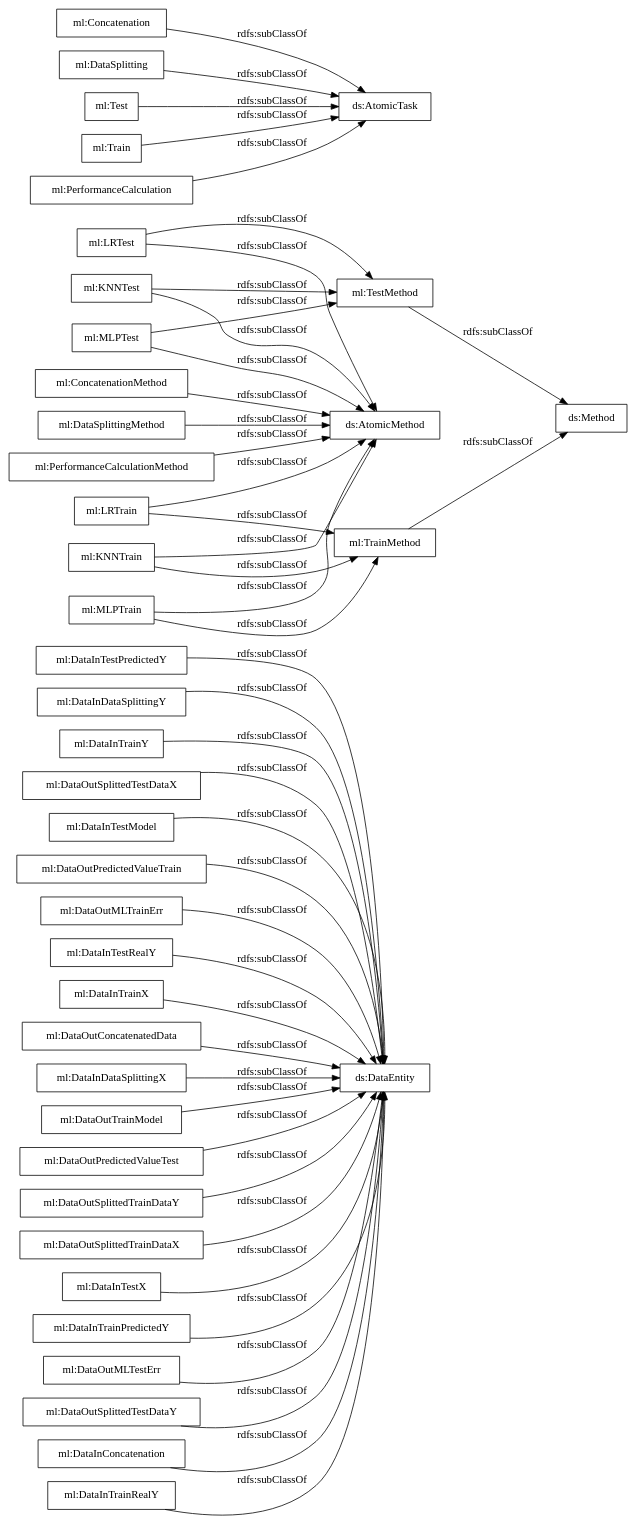
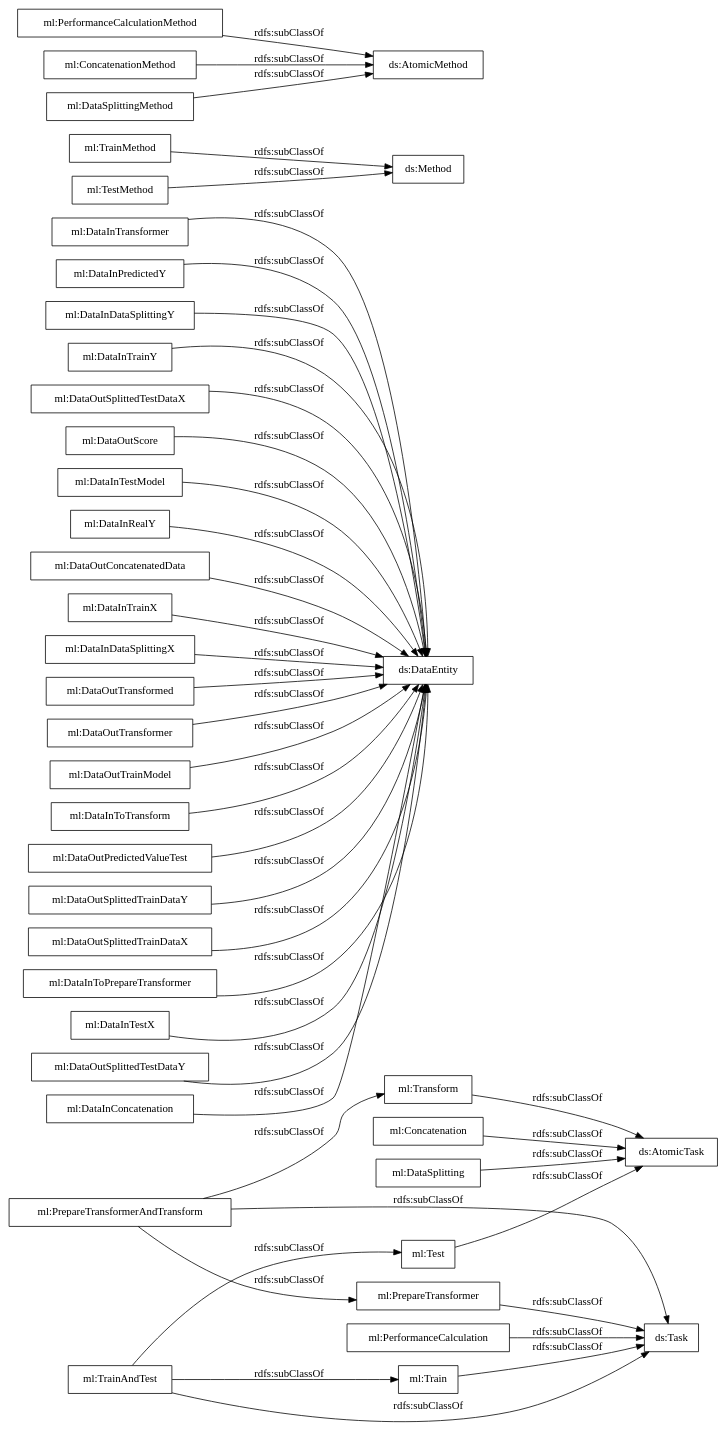
The diagram in OnToology/ml_exeKGOntology.ttl/diagrams/ar2dtool-taxonomy/ml_exeKGOntology.ttl.png.dot (nsai-uio/ExeKGOntology), drawn with Graphviz before and after one commit. The commit also changed 63 other files, not shown here.

```diff
--- a/OnToology/ml_exeKGOntology.ttl/diagrams/ar2dtool-taxonomy/ml_exeKGOntology.ttl.png.dot
+++ b/OnToology/ml_exeKGOntology.ttl/diagrams/ar2dtool-taxonomy/ml_exeKGOntology.ttl.png.dot
@@ -1,49 +1,46 @@
 digraph ar2dtool_diagram { 
 rankdir=LR;
 size="1000"
-node [shape = rectangle, color="black"]; "ml:DataInTestPredictedY" "ml:DataInDataSplittingY" "ml:DataInTrainY" "ml:TrainMethod" "ml:DataOutSplittedTestDataX" "ml:PerformanceCalculationMethod" "ml:Concatenation" "ml:ConcatenationMethod" "ml:DataInTestModel" "ml:MLPTest" "ml:DataOutPredictedValueTrain" "ml:DataOutMLTrainErr" "ml:DataInTestRealY" "ml:DataInTrainX" "ml:DataOutConcatenatedData" "ml:DataSplitting" "ml:KNNTest" "ml:Test" "ml:DataInDataSplittingX" "ml:DataSplittingMethod" "ml:Train" "ml:PerformanceCalculation" "ml:DataOutTrainModel" "ml:DataOutPredictedValueTest" "ml:DataOutSplittedTrainDataY" "ml:DataOutSplittedTrainDataX" "ml:LRTest" "ml:DataInTestX" "ml:KNNTrain" "ml:DataInTrainPredictedY" "ml:DataOutMLTestErr" "ml:MLPTrain" "ml:DataOutSplittedTestDataY" "ml:TestMethod" "ml:LRTrain" "ml:DataInConcatenation" "ml:DataInTrainRealY" ; /*classes style*/
+node [shape = rectangle, color="black"]; "ml:TrainAndTest" "ml:DataInTransformer" "ml:DataInPredictedY" "ml:TrainMethod" "ml:Concatenation" "ml:DataInDataSplittingY" "ml:DataInTrainY" "ml:PerformanceCalculationMethod" "ml:DataOutSplittedTestDataX" "ml:ConcatenationMethod" "ml:DataOutScore" "ml:PrepareTransformer" "ml:DataInTestModel" "ml:DataInRealY" "ml:Test" "ml:DataSplitting" "ml:DataOutConcatenatedData" "ml:DataInTrainX" "ml:DataInDataSplittingX" "ml:DataOutTransformed" "ml:PrepareTransformerAndTransform" "ml:DataSplittingMethod" "ml:Train" "ml:PerformanceCalculation" "ml:DataOutTransformer" "ml:DataOutTrainModel" "ml:DataInToTransform" "ml:DataOutPredictedValueTest" "ml:DataOutSplittedTrainDataY" "ml:DataOutSplittedTrainDataX" "ml:DataInToPrepareTransformer" "ml:DataInTestX" "ml:DataOutSplittedTestDataY" "ml:TestMethod" "ml:DataInConcatenation" "ml:Transform" ; /*classes style*/
 	"ml:DataOutSplittedTrainDataX" -> "ds:DataEntity" [ label = "rdfs:subClassOf" ];
 	"ml:DataInTestModel" -> "ds:DataEntity" [ label = "rdfs:subClassOf" ];
-	"ml:PerformanceCalculation" -> "ds:AtomicTask" [ label = "rdfs:subClassOf" ];
-	"ml:DataOutMLTestErr" -> "ds:DataEntity" [ label = "rdfs:subClassOf" ];
+	"ml:PerformanceCalculation" -> "ds:Task" [ label = "rdfs:subClassOf" ];
 	"ml:DataOutTrainModel" -> "ds:DataEntity" [ label = "rdfs:subClassOf" ];
 	"ml:DataInTrainX" -> "ds:DataEntity" [ label = "rdfs:subClassOf" ];
-	"ml:LRTrain" -> "ds:AtomicMethod" [ label = "rdfs:subClassOf" ];
-	"ml:LRTrain" -> "ml:TrainMethod" [ label = "rdfs:subClassOf" ];
-	"ml:LRTest" -> "ds:AtomicMethod" [ label = "rdfs:subClassOf" ];
-	"ml:LRTest" -> "ml:TestMethod" [ label = "rdfs:subClassOf" ];
+	"ml:DataInTransformer" -> "ds:DataEntity" [ label = "rdfs:subClassOf" ];
+	"ml:DataInToPrepareTransformer" -> "ds:DataEntity" [ label = "rdfs:subClassOf" ];
 	"ml:DataOutSplittedTestDataY" -> "ds:DataEntity" [ label = "rdfs:subClassOf" ];
 	"ml:DataInDataSplittingY" -> "ds:DataEntity" [ label = "rdfs:subClassOf" ];
-	"ml:DataInTrainPredictedY" -> "ds:DataEntity" [ label = "rdfs:subClassOf" ];
+	"ml:DataInToTransform" -> "ds:DataEntity" [ label = "rdfs:subClassOf" ];
+	"ml:DataOutPredictedValueTest" -> "ds:DataEntity" [ label = "rdfs:subClassOf" ];
 	"ml:ConcatenationMethod" -> "ds:AtomicMethod" [ label = "rdfs:subClassOf" ];
+	"ml:PrepareTransformerAndTransform" -> "ml:Transform" [ label = "rdfs:subClassOf" ];
+	"ml:PrepareTransformerAndTransform" -> "ml:PrepareTransformer" [ label = "rdfs:subClassOf" ];
+	"ml:PrepareTransformerAndTransform" -> "ds:Task" [ label = "rdfs:subClassOf" ];
 	"ml:Test" -> "ds:AtomicTask" [ label = "rdfs:subClassOf" ];
 	"ml:DataOutSplittedTestDataX" -> "ds:DataEntity" [ label = "rdfs:subClassOf" ];
+	"ml:DataOutTransformer" -> "ds:DataEntity" [ label = "rdfs:subClassOf" ];
 	"ml:DataInDataSplittingX" -> "ds:DataEntity" [ label = "rdfs:subClassOf" ];
+	"ml:TrainAndTest" -> "ml:Train" [ label = "rdfs:subClassOf" ];
+	"ml:TrainAndTest" -> "ml:Test" [ label = "rdfs:subClassOf" ];
+	"ml:TrainAndTest" -> "ds:Task" [ label = "rdfs:subClassOf" ];
 	"ml:DataInTestX" -> "ds:DataEntity" [ label = "rdfs:subClassOf" ];
 	"ml:DataInConcatenation" -> "ds:DataEntity" [ label = "rdfs:subClassOf" ];
-	"ml:DataOutPredictedValueTest" -> "ds:DataEntity" [ label = "rdfs:subClassOf" ];
-	"ml:DataInTestRealY" -> "ds:DataEntity" [ label = "rdfs:subClassOf" ];
+	"ml:DataOutScore" -> "ds:DataEntity" [ label = "rdfs:subClassOf" ];
+	"ml:DataInPredictedY" -> "ds:DataEntity" [ label = "rdfs:subClassOf" ];
+	"ml:DataInRealY" -> "ds:DataEntity" [ label = "rdfs:subClassOf" ];
 	"ml:DataSplitting" -> "ds:AtomicTask" [ label = "rdfs:subClassOf" ];
+	"ml:DataOutTransformed" -> "ds:DataEntity" [ label = "rdfs:subClassOf" ];
 	"ml:DataSplittingMethod" -> "ds:AtomicMethod" [ label = "rdfs:subClassOf" ];
-	"ml:DataInTrainRealY" -> "ds:DataEntity" [ label = "rdfs:subClassOf" ];
-	"ml:DataOutMLTrainErr" -> "ds:DataEntity" [ label = "rdfs:subClassOf" ];
-	"ml:KNNTest" -> "ds:AtomicMethod" [ label = "rdfs:subClassOf" ];
-	"ml:KNNTest" -> "ml:TestMethod" [ label = "rdfs:subClassOf" ];
-	"ml:PerformanceCalculationMethod" -> "ds:AtomicMethod" [ label = "rdfs:subClassOf" ];
-	"ml:DataOutPredictedValueTrain" -> "ds:DataEntity" [ label = "rdfs:subClassOf" ];
 	"ml:TrainMethod" -> "ds:Method" [ label = "rdfs:subClassOf" ];
 	"ml:TestMethod" -> "ds:Method" [ label = "rdfs:subClassOf" ];
-	"ml:MLPTest" -> "ds:AtomicMethod" [ label = "rdfs:subClassOf" ];
-	"ml:MLPTest" -> "ml:TestMethod" [ label = "rdfs:subClassOf" ];
-	"ml:DataInTestPredictedY" -> "ds:DataEntity" [ label = "rdfs:subClassOf" ];
+	"ml:PerformanceCalculationMethod" -> "ds:AtomicMethod" [ label = "rdfs:subClassOf" ];
 	"ml:DataOutConcatenatedData" -> "ds:DataEntity" [ label = "rdfs:subClassOf" ];
 	"ml:DataOutSplittedTrainDataY" -> "ds:DataEntity" [ label = "rdfs:subClassOf" ];
+	"ml:PrepareTransformer" -> "ds:Task" [ label = "rdfs:subClassOf" ];
 	"ml:DataInTrainY" -> "ds:DataEntity" [ label = "rdfs:subClassOf" ];
-	"ml:Train" -> "ds:AtomicTask" [ label = "rdfs:subClassOf" ];
-	"ml:MLPTrain" -> "ds:AtomicMethod" [ label = "rdfs:subClassOf" ];
-	"ml:MLPTrain" -> "ml:TrainMethod" [ label = "rdfs:subClassOf" ];
+	"ml:Train" -> "ds:Task" [ label = "rdfs:subClassOf" ];
 	"ml:Concatenation" -> "ds:AtomicTask" [ label = "rdfs:subClassOf" ];
-	"ml:KNNTrain" -> "ds:AtomicMethod" [ label = "rdfs:subClassOf" ];
-	"ml:KNNTrain" -> "ml:TrainMethod" [ label = "rdfs:subClassOf" ];
+	"ml:Transform" -> "ds:AtomicTask" [ label = "rdfs:subClassOf" ];
 
 }
```
